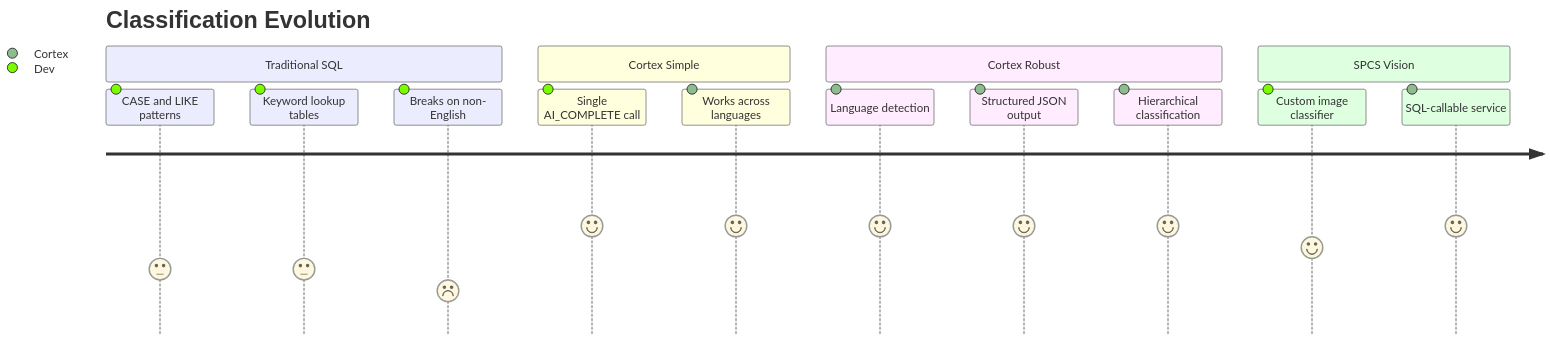
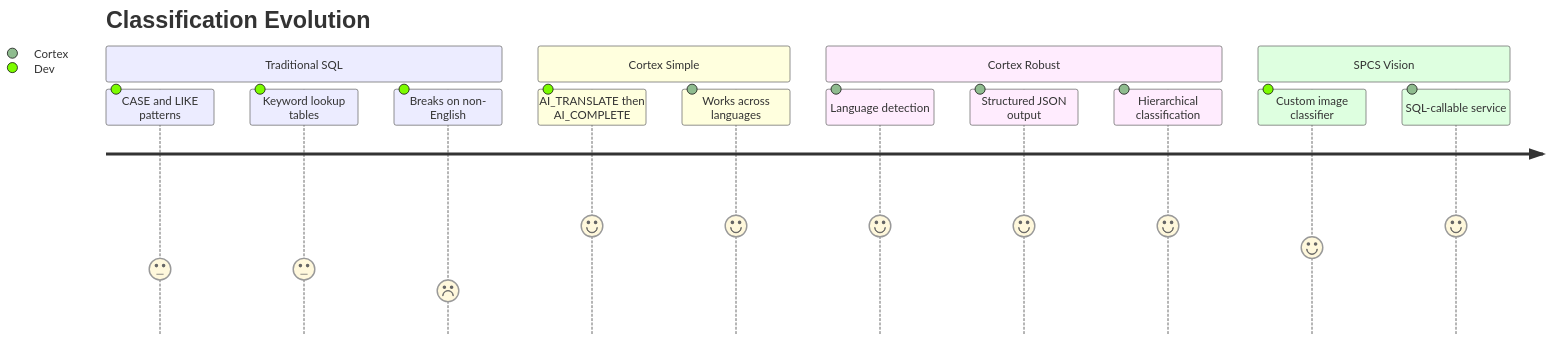
Before and after one commit to sfc-gh-miwhitaker/sfe-public: the first of 2 diagrams in demo-cortex-product-classification/README.md, drawn with Mermaid. The commit also changed other lines of this file and 23 other files, not shown here.

````diff
--- a/demo-cortex-product-classification/README.md
+++ b/demo-cortex-product-classification/README.md
@@ -55,18 +55,18 @@
 ```mermaid
 journey
     title Classification Evolution
     section Traditional SQL
       CASE and LIKE patterns: 3: Dev
       Keyword lookup tables: 3: Dev
       Breaks on non-English: 2: Dev
     section Cortex Simple
-      Single AI_COMPLETE call: 5: Dev
+      AI_TRANSLATE then AI_COMPLETE: 5: Dev
       Works across languages: 5: Cortex
     section Cortex Robust
       Language detection: 5: Cortex
       Structured JSON output: 5: Cortex
       Hierarchical classification: 5: Cortex
     section SPCS Vision
       Custom image classifier: 4: Dev
       SQL-callable service: 5: Cortex
 ```
````
